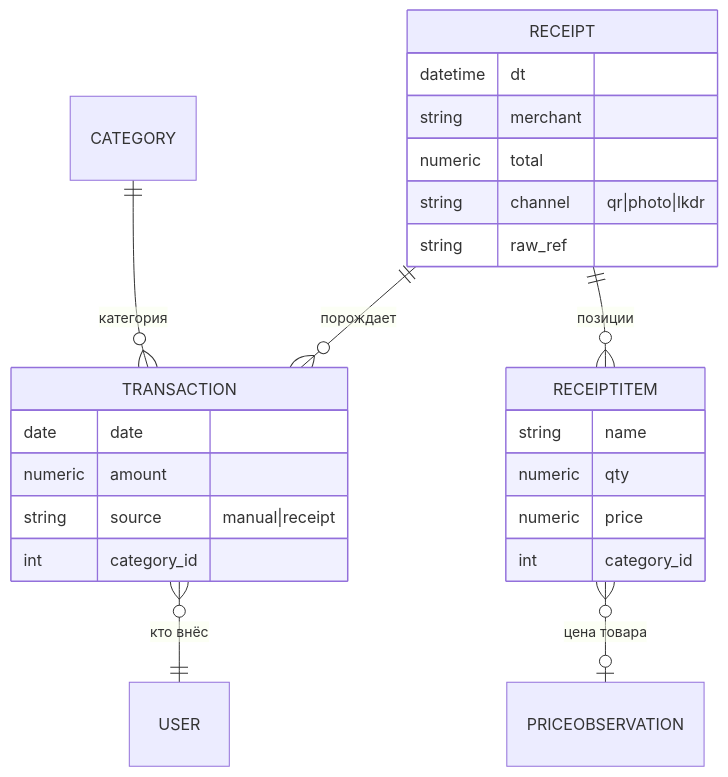
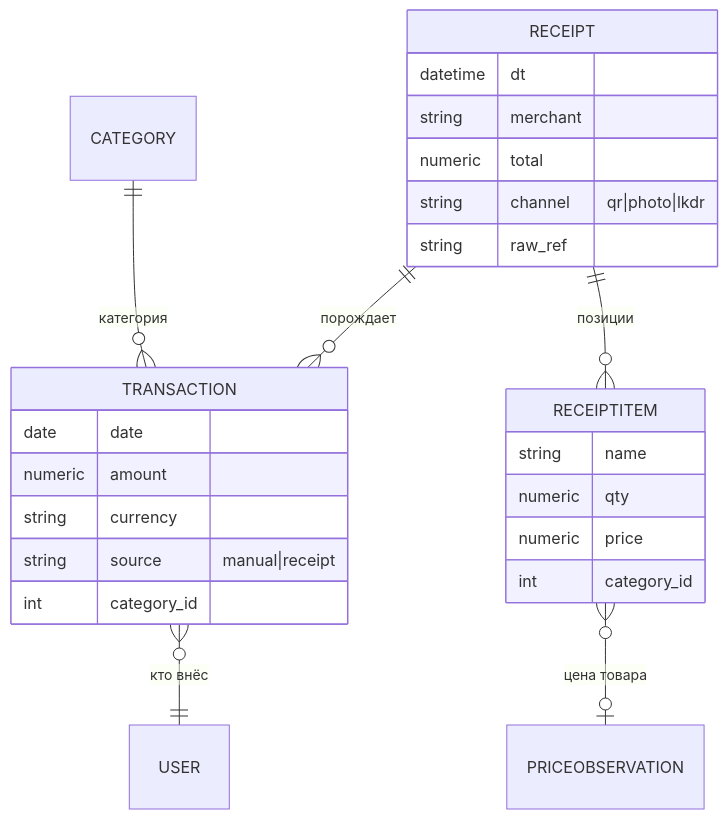
One commit to SkeiLeinux/Assistent_bot changed the diagram in docs/06_program/stage-2-finance-automation.md. Above: the diagram before and after it, drawn with Mermaid. The commit also changed other lines of this file and 71 other files, not shown here.

````diff
--- a/docs/06_program/stage-2-finance-automation.md
+++ b/docs/06_program/stage-2-finance-automation.md
@@ -32,12 +32,12 @@
 ```mermaid
 erDiagram
   CATEGORY ||--o{ TRANSACTION : "категория"
   TRANSACTION }o--|| USER : "кто внёс"
   RECEIPT ||--o{ RECEIPTITEM : "позиции"
   RECEIPT ||--o{ TRANSACTION : "порождает"
   RECEIPTITEM }o--o| PRICEOBSERVATION : "цена товара"
 
-  TRANSACTION { date date  numeric amount  string source "manual|receipt"  int category_id }
+  TRANSACTION { date date  numeric amount  string currency  string source "manual|receipt"  int category_id }
   RECEIPT { datetime dt  string merchant  numeric total  string channel "qr|photo|lkdr"  string raw_ref }
   RECEIPTITEM { string name  numeric qty  numeric price  int category_id }
 ```
````
